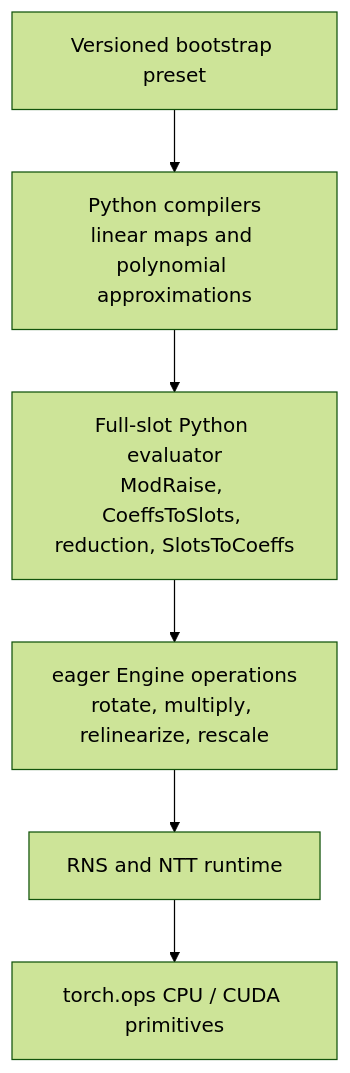
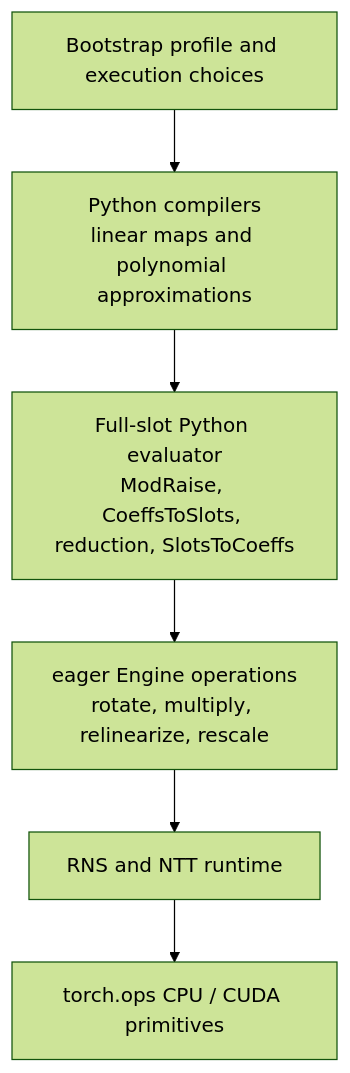
The diagram in docs/developer/composable-ckks-bootstrap.md (visualDust/fhelium), drawn with Mermaid (forest theme) before and after one commit. The commit also changed other lines of this file and 393 other files, not shown here.

````diff
--- a/docs/developer/composable-ckks-bootstrap.md
+++ b/docs/developer/composable-ckks-bootstrap.md
@@ -7,11 +7,11 @@
 ```mermaid
 flowchart TB
-    FACTORY[Versioned bootstrap preset]
+    FACTORY[Bootstrap profile and execution choices]
     COMPILE[Python compilers<br/>linear maps and polynomial approximations]
     STAGES[Full-slot Python evaluator<br/>ModRaise, CoeffsToSlots, reduction, SlotsToCoeffs]
     ENGINE[eager Engine operations<br/>rotate, multiply, relinearize, rescale]
     RUNTIME[RNS and NTT runtime]
     OPS[torch.ops CPU / CUDA primitives]
 
     FACTORY --> COMPILE --> STAGES --> ENGINE --> RUNTIME --> OPS
 ```
````
